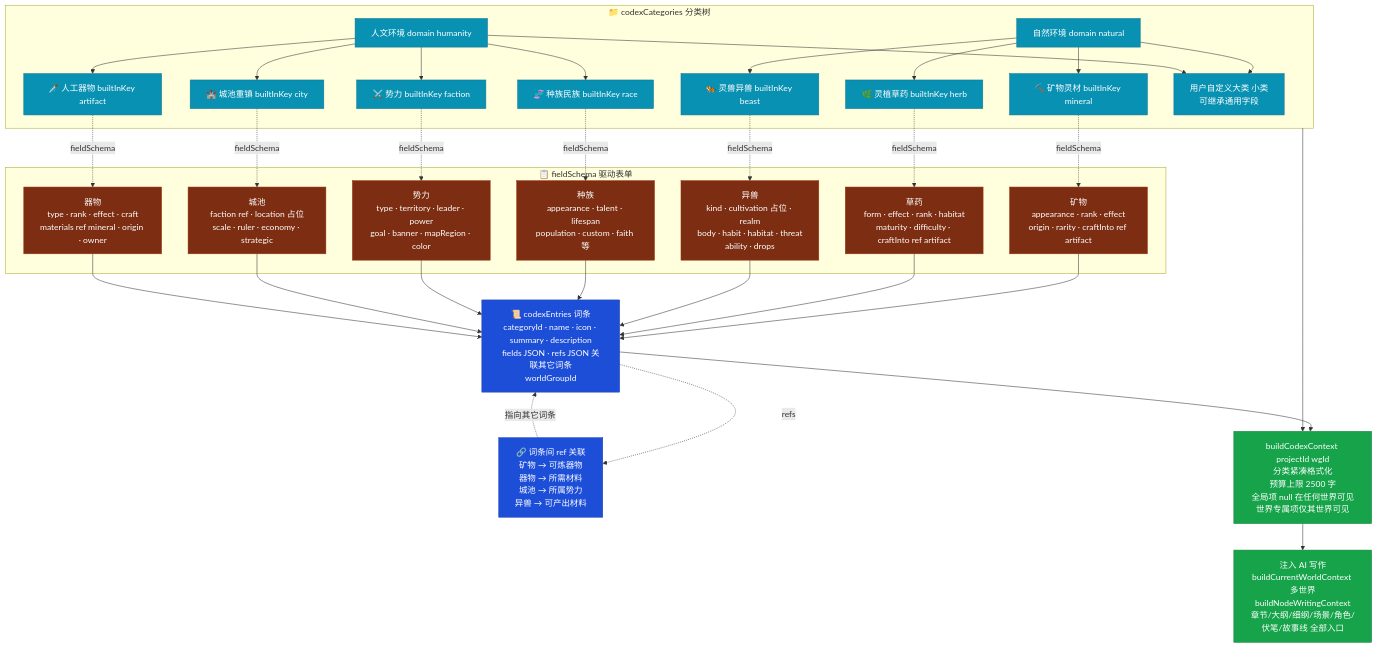
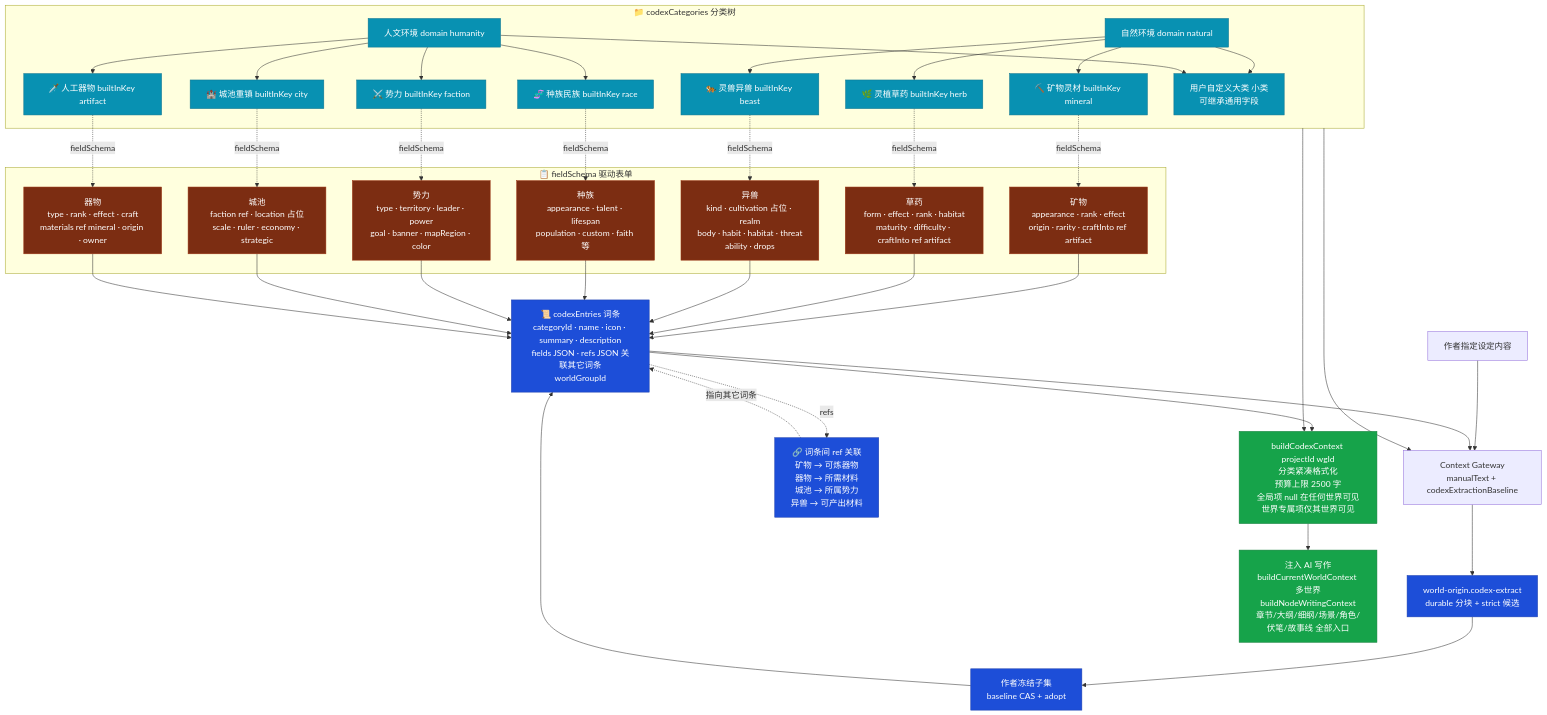
The seventh of 15 diagrams in docs/DATA-FLOW-DIAGRAM.md (yuanbw2025/storyforge), drawn with Mermaid before and after one commit. The commit also changed 19 other files, not shown here.

First line of the commit message:
HARNESS-70 durable Codex extraction

````diff
--- a/docs/DATA-FLOW-DIAGRAM.md
+++ b/docs/DATA-FLOW-DIAGRAM.md
@@ -695,73 +695,80 @@
 ```mermaid
 flowchart TB
     subgraph CAT_TREE["📁 codexCategories 分类树"]
         ROOT_N["自然环境 domain natural"]
         ROOT_H["人文环境 domain humanity"]
         BI_MIN["⛏️ 矿物灵材 builtInKey mineral"]
         BI_HERB["🌿 灵植草药 builtInKey herb"]
         BI_BEAST["🐅 灵兽异兽 builtInKey beast"]
         BI_RACE["🧬 种族民族 builtInKey race"]
         BI_FAC["⚔️ 势力 builtInKey faction"]
         BI_CITY["🏰 城池重镇 builtInKey city"]
         BI_ART["🗡️ 人工器物 builtInKey artifact"]
         CUSTOM["用户自定义大类 小类<br/>可继承通用字段"]
     end
 
     ROOT_N --> BI_MIN
     ROOT_N --> BI_HERB
     ROOT_N --> BI_BEAST
     ROOT_H --> BI_RACE
     ROOT_H --> BI_FAC
     ROOT_H --> BI_CITY
     ROOT_H --> BI_ART
     ROOT_N --> CUSTOM
     ROOT_H --> CUSTOM
 
     subgraph FS["📋 fieldSchema 驱动表单"]
         FS_M["矿物<br/>appearance · rank · effect<br/>origin · rarity · craftInto ref artifact"]
         FS_H["草药<br/>form · effect · rank · habitat<br/>maturity · difficulty · craftInto ref artifact"]
         FS_B["异兽<br/>kind · cultivation 占位 · realm<br/>body · habit · habitat · threat<br/>ability · drops"]
         FS_R["种族<br/>appearance · talent · lifespan<br/>population · custom · faith 等"]
         FS_F["势力<br/>type · territory · leader · power<br/>goal · banner · mapRegion · color"]
         FS_C["城池<br/>faction ref · location 占位<br/>scale · ruler · economy · strategic"]
         FS_A["器物<br/>type · rank · effect · craft<br/>materials ref mineral · origin · owner"]
     end
 
     BI_MIN -.fieldSchema.-> FS_M
     BI_HERB -.fieldSchema.-> FS_H
     BI_BEAST -.fieldSchema.-> FS_B
     BI_RACE -.fieldSchema.-> FS_R
     BI_FAC -.fieldSchema.-> FS_F
     BI_CITY -.fieldSchema.-> FS_C
     BI_ART -.fieldSchema.-> FS_A
 
     ENTRIES["📜 codexEntries 词条<br/>categoryId · name · icon · summary · description<br/>fields JSON · refs JSON 关联其它词条<br/>worldGroupId"]
 
     FS_M --> ENTRIES
     FS_H --> ENTRIES
     FS_B --> ENTRIES
     FS_R --> ENTRIES
     FS_F --> ENTRIES
     FS_C --> ENTRIES
     FS_A --> ENTRIES
 
+    AUTHOR_TEXT["作者指定设定内容"] --> CODEX_GATE["Context Gateway<br/>manualText + codexExtractionBaseline"]
+    CAT_TREE --> CODEX_GATE
+    ENTRIES --> CODEX_GATE
+    CODEX_GATE --> CODEX_RUN["world-origin.codex-extract<br/>durable 分块 + strict 候选"]
+    CODEX_RUN --> CODEX_CONFIRM["作者冻结子集<br/>baseline CAS + adopt"]
+    CODEX_CONFIRM --> ENTRIES
+
     REF["🔗 词条间 ref 关联<br/>矿物 → 可炼器物<br/>器物 → 所需材料<br/>城池 → 所属势力<br/>异兽 → 可产出材料"]
     ENTRIES -.refs.-> REF
     REF -.指向其它词条.-> ENTRIES
 
     CTXBLD["buildCodexContext projectId wgId<br/>分类紧凑格式化<br/>预算上限 2500 字<br/>全局项 null 在任何世界可见<br/>世界专属项仅其世界可见"]
     ENTRIES --> CTXBLD
     CAT_TREE --> CTXBLD
 
     INJ["注入 AI 写作<br/>buildCurrentWorldContext 多世界<br/>buildNodeWritingContext<br/>章节/大纲/细纲/场景/角色/伏笔/故事线 全部入口"]
     CTXBLD --> INJ
 
     classDef cat fill:#0891b2,stroke:#0e7490,color:#fff;
     classDef fs fill:#7c2d12,stroke:#9a3412,color:#fff;
     classDef ent fill:#1d4ed8,stroke:#1e40af,color:#fff;
     classDef inj fill:#16a34a,stroke:#15803d,color:#fff;
     class ROOT_N,ROOT_H,BI_MIN,BI_HERB,BI_BEAST,BI_RACE,BI_FAC,BI_CITY,BI_ART,CUSTOM cat
     class FS_M,FS_H,FS_B,FS_R,FS_F,FS_C,FS_A fs
-    class ENTRIES,REF ent
+    class ENTRIES,REF,CODEX_RUN,CODEX_CONFIRM ent
     class CTXBLD,INJ inj
 ```
````
